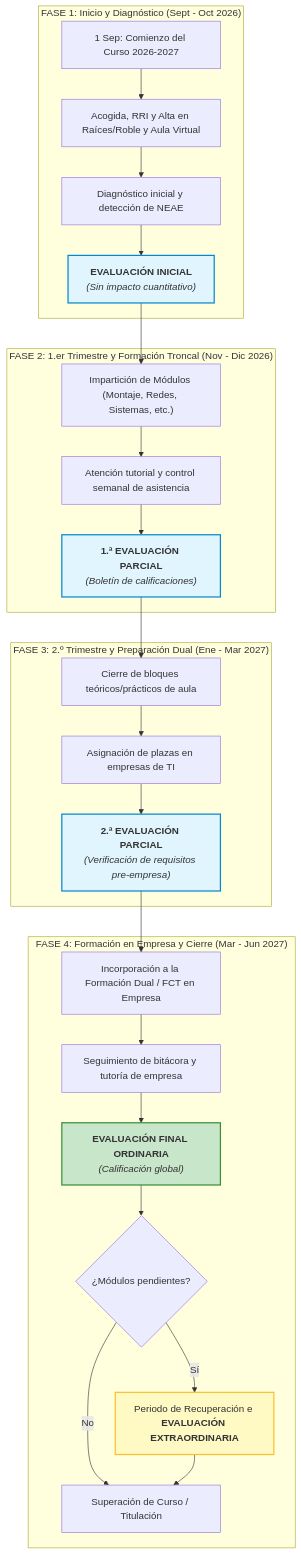
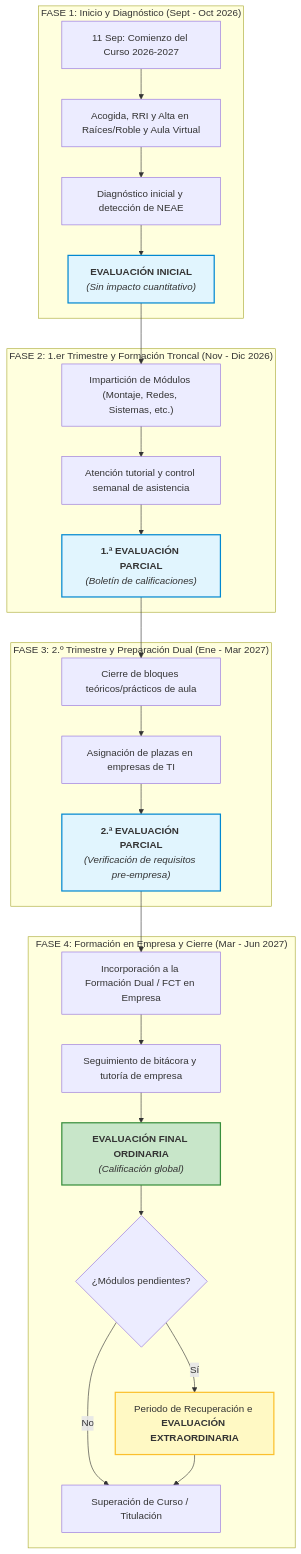
One commit to ezellabor/Inicio-de-curso changed the second of 2 diagrams in Itinerario_Formativo_Evaluaciones_SMR_2026_2027.md. Above: the diagram before and after it, drawn with Mermaid. The commit also changed other lines of this file, not shown here.

````diff
--- a/Itinerario_Formativo_Evaluaciones_SMR_2026_2027.md
+++ b/Itinerario_Formativo_Evaluaciones_SMR_2026_2027.md
@@ -42,36 +42,36 @@
 ```mermaid
 flowchart TD
     subgraph F1["FASE 1: Inicio y Diagnóstico (Sept - Oct 2026)"]
-        A["1 Sep: Comienzo del Curso 2026-2027"] --> B["Acogida, RRI y Alta en Raíces/Roble y Aula Virtual"]
+        A["11 Sep: Comienzo del Curso 2026-2027"] --> B["Acogida, RRI y Alta en Raíces/Roble y Aula Virtual"]
         B --> C["Diagnóstico inicial y detección de NEAE"]
         C --> D["<b>EVALUACIÓN INICIAL</b><br/><i>(Sin impacto cuantitativo)</i>"]
     end
 
     subgraph F2["FASE 2: 1.er Trimestre y Formación Troncal (Nov - Dic 2026)"]
         D --> E["Impartición de Módulos (Montaje, Redes, Sistemas, etc.)"]
         E --> F["Atención tutorial y control semanal de asistencia"]
         F --> G["<b>1.ª EVALUACIÓN PARCIAL</b><br/><i>(Boletín de calificaciones)</i>"]
     end
 
     subgraph F3["FASE 3: 2.º Trimestre y Preparación Dual (Ene - Mar 2027)"]
         G --> H["Cierre de bloques teóricos/prácticos de aula"]
         H --> I["Asignación de plazas en empresas de TI"]
         I --> J["<b>2.ª EVALUACIÓN PARCIAL</b><br/><i>(Verificación de requisitos pre-empresa)</i>"]
     end
 
     subgraph F4["FASE 4: Formación en Empresa y Cierre (Mar - Jun 2027)"]
         J --> K["Incorporación a la Formación Dual / FCT en Empresa"]
         K --> L["Seguimiento de bitácora y tutoría de empresa"]
         L --> M["<b>EVALUACIÓN FINAL ORDINARIA</b><br/><i>(Calificación global)</i>"]
         M --> N{"¿Módulos pendientes?"}
         N -- Sí --> O["Periodo de Recuperación e <b>EVALUACIÓN EXTRAORDINARIA</b>"]
         N -- No --> P["Superación de Curso / Titulación"]
         O --> P
     end
 
     style D fill:#e1f5fe,stroke:#0288d1,stroke-width:2px
     style G fill:#e1f5fe,stroke:#0288d1,stroke-width:2px
     style J fill:#e1f5fe,stroke:#0288d1,stroke-width:2px
     style M fill:#c8e6c9,stroke:#388e3c,stroke-width:2px
     style O fill:#fff9c4,stroke:#fbc02d,stroke-width:2px
 ```
````
